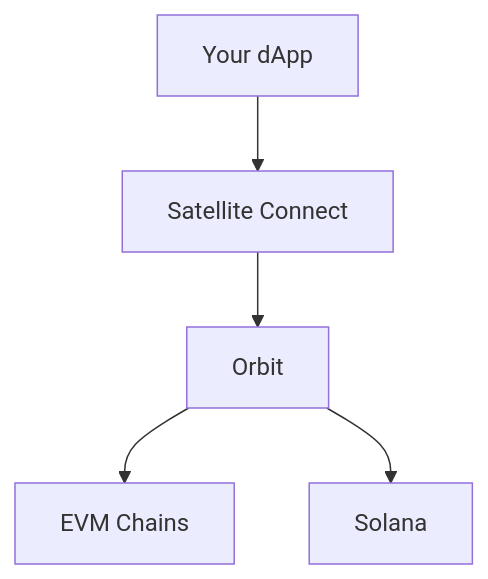
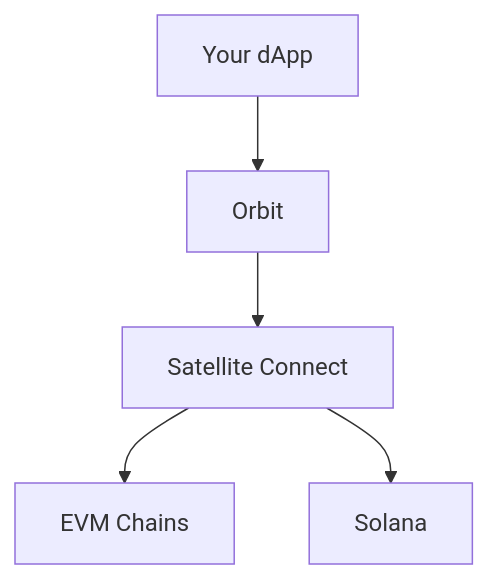
The diagram in apps/docs/src/content/index.mdx (TuwaIO/satellite-connect), drawn with Mermaid before and after one commit. The commit also changed 52 other files, not shown here.

````diff
--- a/apps/docs/src/content/index.mdx
+++ b/apps/docs/src/content/index.mdx
@@ -46,7 +46,7 @@
 ```mermaid
 graph TD
-A[Your dApp] --> B[Satellite Connect]
-B --> C[Orbit]
+A[Your dApp] --> B[Orbit]
+B --> C[Satellite Connect]
 C --> D[EVM Chains]
 C --> E[Solana]
 ```
````
